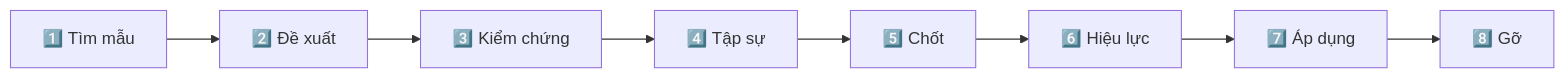
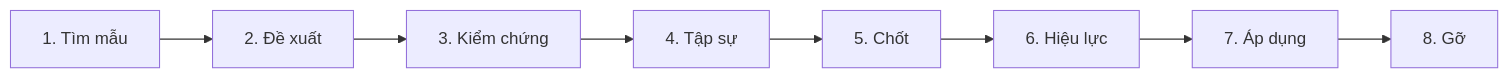
Before and after one commit to KanTrun/Crew-Operations: the fourth of 5 diagrams in README.md, drawn with Mermaid. The commit also changed other lines of this file, not shown here.

````diff
--- a/README.md
+++ b/README.md
@@ -206,4 +231,4 @@
 ```mermaid
 flowchart LR
-    S1["1️⃣ Tìm mẫu"] --> S2["2️⃣ Đề xuất"] --> S3["3️⃣ Kiểm chứng"] --> S4["4️⃣ Tập sự"] --> S5["5️⃣ Chốt"] --> S6["6️⃣ Hiệu lực"] --> S7["7️⃣ Áp dụng"] --> S8["8️⃣ Gỡ"]
+    S1["1. Tìm mẫu"] --> S2["2. Đề xuất"] --> S3["3. Kiểm chứng"] --> S4["4. Tập sự"] --> S5["5. Chốt"] --> S6["6. Hiệu lực"] --> S7["7. Áp dụng"] --> S8["8. Gỡ"]
 ```
````
